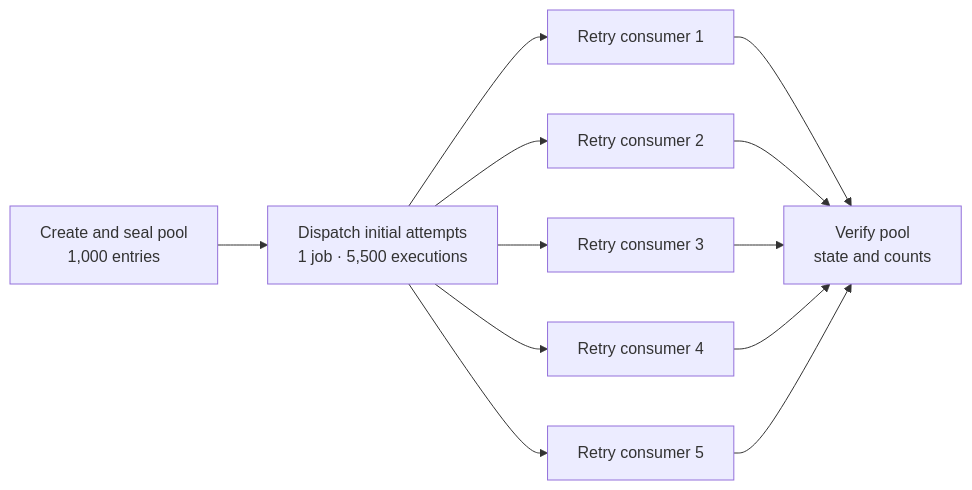
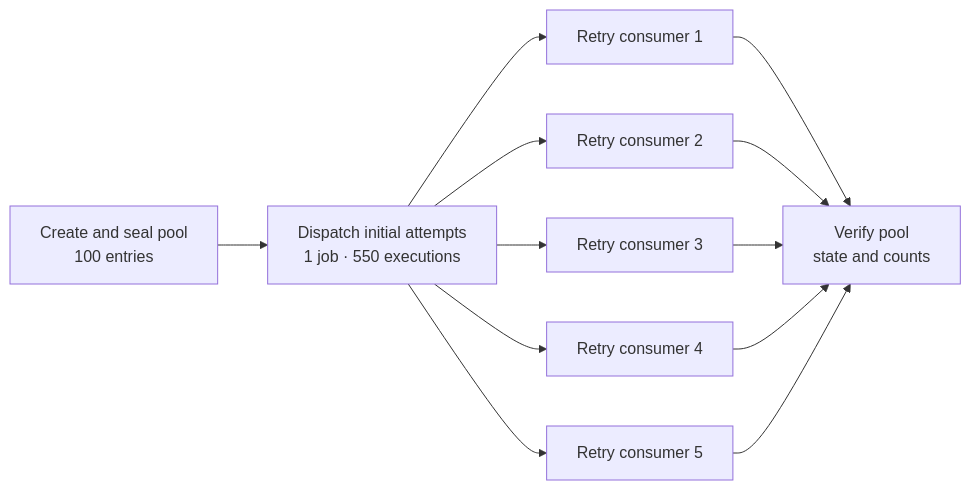
One commit to catkins/test-scheduler-bazel-demo changed the first of 2 diagrams in README.md. Above: the diagram before and after it, drawn with Mermaid. The commit also changed other lines of this file and 6 other files, not shown here.

````diff
--- a/README.md
+++ b/README.md
@@ -54,23 +54,23 @@
 ```mermaid
 flowchart LR
-    setup["Create and seal pool<br/>1,000 entries"]
-    initial["Dispatch initial attempts<br/>1 job · 5,500 executions"]
+    setup["Create and seal pool<br/>100 entries"]
+    initial["Dispatch initial attempts<br/>1 job · 550 executions"]
     retry1["Retry consumer 1"]
     retry2["Retry consumer 2"]
     retry3["Retry consumer 3"]
     retry4["Retry consumer 4"]
     retry5["Retry consumer 5"]
     verify["Verify pool<br/>state and counts"]
 
     setup --> initial
     initial --> retry1
     initial --> retry2
     initial --> retry3
     initial --> retry4
     initial --> retry5
     retry1 --> verify
     retry2 --> verify
     retry3 --> verify
     retry4 --> verify
     retry5 --> verify
 ```
````
